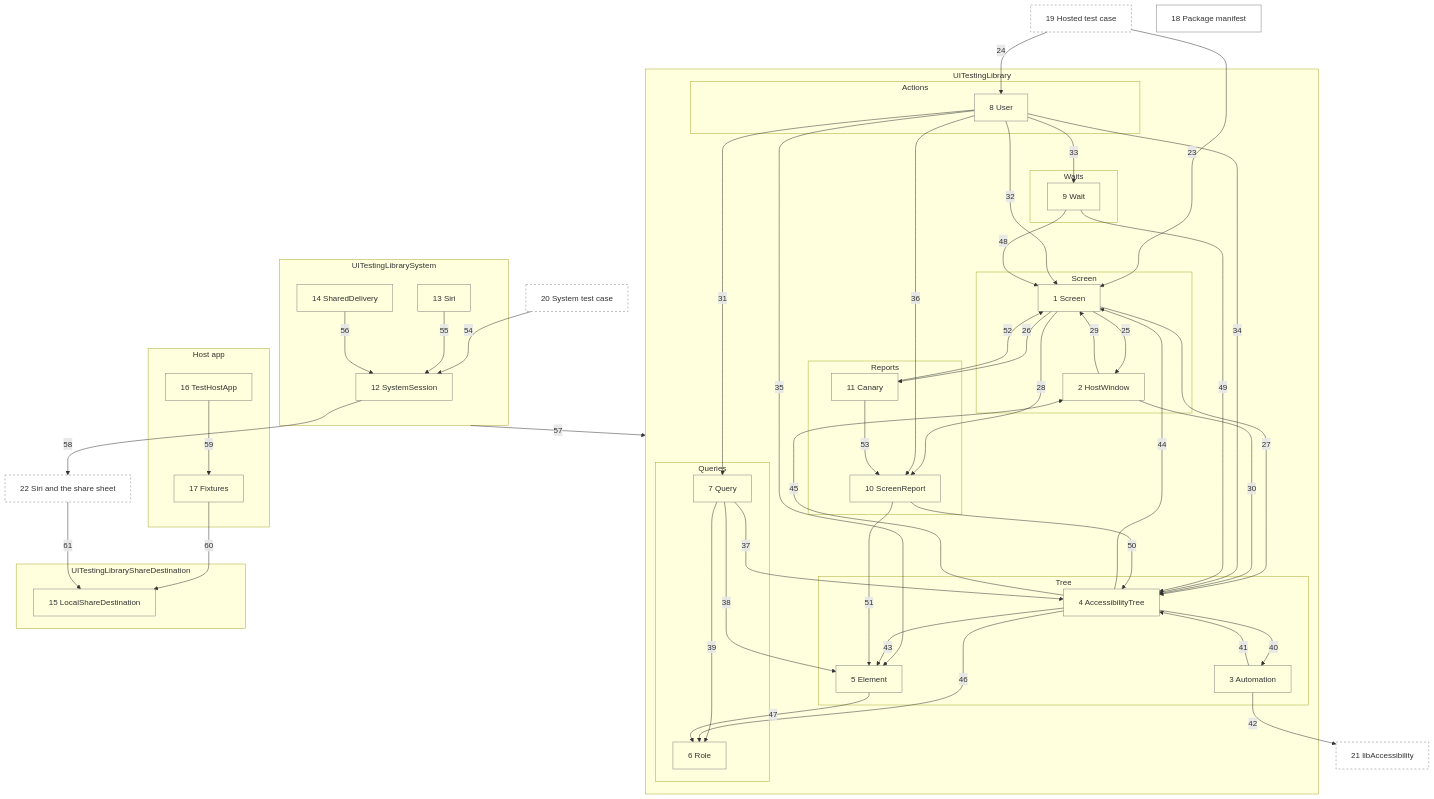
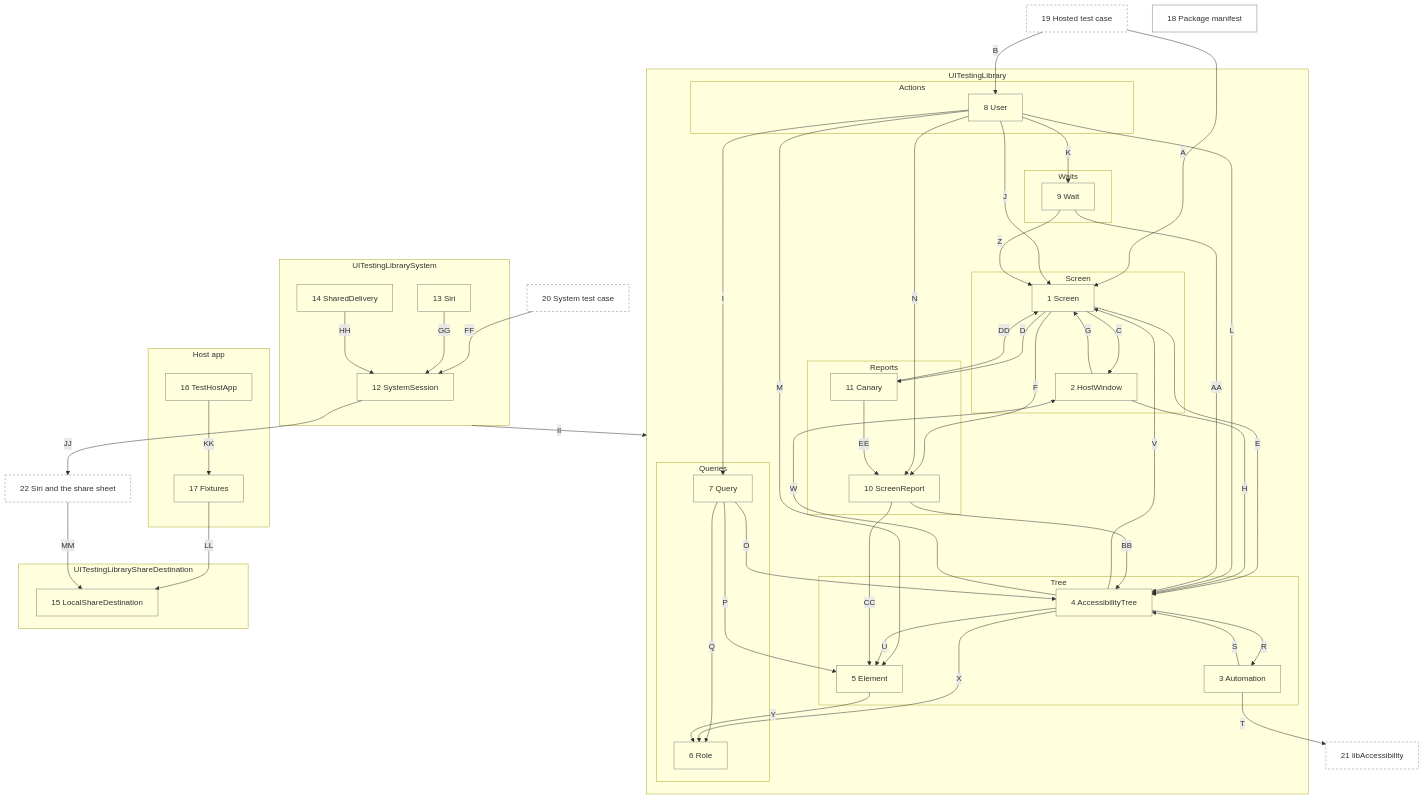
Before and after one commit to may-journal/apple-ui-testing-library: the first of 2 diagrams in docs/architecture/03-components.md, drawn with Mermaid. The commit also changed other lines of this file and 4 other files, not shown here.

First line of the commit message:
docs(architecture): connector callouts are letters (#104)

```diff
--- a/docs/architecture/03-components.md
+++ b/docs/architecture/03-components.md
@@ -57,45 +57,45 @@
     ax["21 libAccessibility"]:::outside
     systemUI["22 Siri and the share sheet"]:::outside
 
-    test -->|23| scr
-    test -->|24| user
-    scr -->|25| win
-    scr -->|26| canary
-    scr -->|27| walk
-    scr -->|28| report
-    win -->|29| scr
-    win -->|30| walk
-    user -->|31| query
-    user -->|32| scr
-    user -->|33| wait
-    user -->|34| walk
-    user -->|35| elem
-    user -->|36| report
-    query -->|37| walk
-    query -->|38| elem
-    query -->|39| role
-    walk -->|40| auto
-    auto -->|41| walk
-    auto -->|42| ax
-    walk -->|43| elem
-    walk -->|44| scr
-    walk -->|45| win
-    walk -->|46| role
-    elem -->|47| role
-    wait -->|48| scr
-    wait -->|49| walk
-    report -->|50| walk
-    report -->|51| elem
-    canary -->|52| scr
-    canary -->|53| report
-    sysTest -->|54| session
-    siri -->|55| session
-    delivery -->|56| session
-    sys -->|57| lib
-    session -->|58| systemUI
-    app -->|59| fixtures
-    fixtures -->|60| local
-    systemUI -->|61| local
+    test -->|A| scr
+    test -->|B| user
+    scr -->|C| win
+    scr -->|D| canary
+    scr -->|E| walk
+    scr -->|F| report
+    win -->|G| scr
+    win -->|H| walk
+    user -->|I| query
+    user -->|J| scr
+    user -->|K| wait
+    user -->|L| walk
+    user -->|M| elem
+    user -->|N| report
+    query -->|O| walk
+    query -->|P| elem
+    query -->|Q| role
+    walk -->|R| auto
+    auto -->|S| walk
+    auto -->|T| ax
+    walk -->|U| elem
+    walk -->|V| scr
+    walk -->|W| win
+    walk -->|X| role
+    elem -->|Y| role
+    wait -->|Z| scr
+    wait -->|AA| walk
+    report -->|BB| walk
+    report -->|CC| elem
+    canary -->|DD| scr
+    canary -->|EE| report
+    sysTest -->|FF| session
+    siri -->|GG| session
+    delivery -->|HH| session
+    sys -->|II| lib
+    session -->|JJ| systemUI
+    app -->|KK| fixtures
+    fixtures -->|LL| local
+    systemUI -->|MM| local
 
     classDef part fill:none,stroke:gray
     classDef outside fill:none,stroke:gray,stroke-dasharray:4
```
